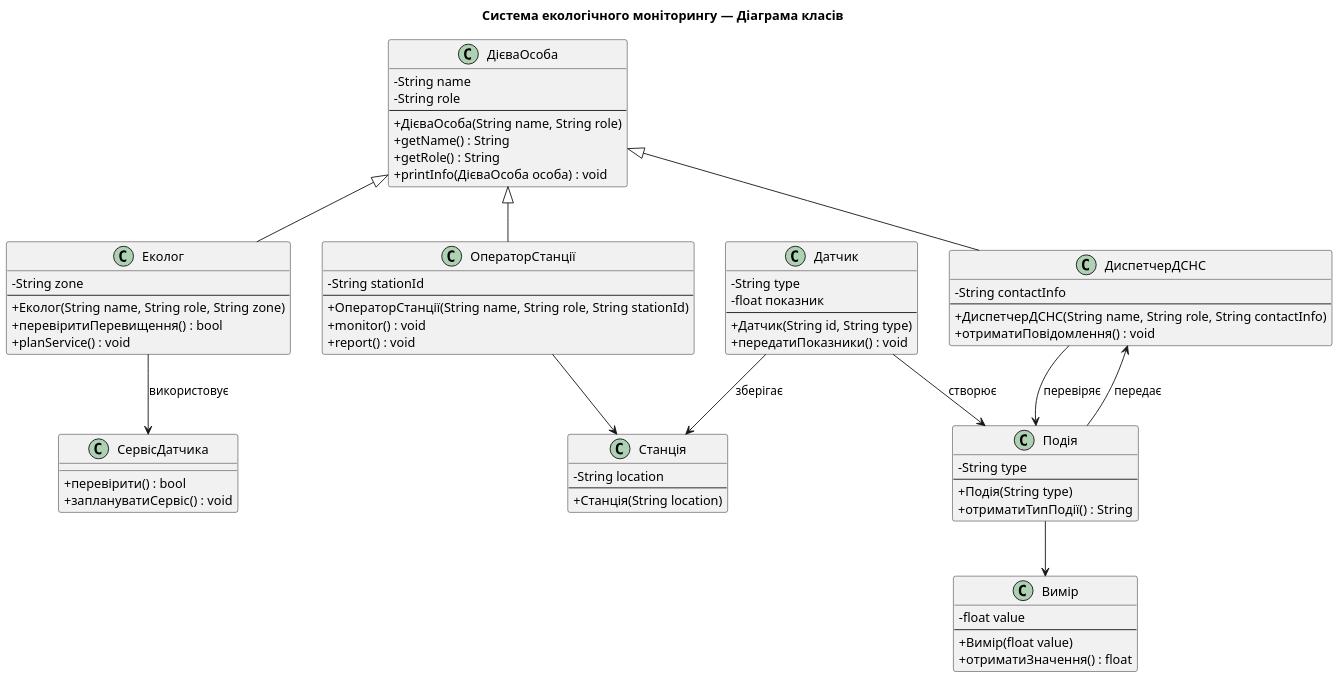
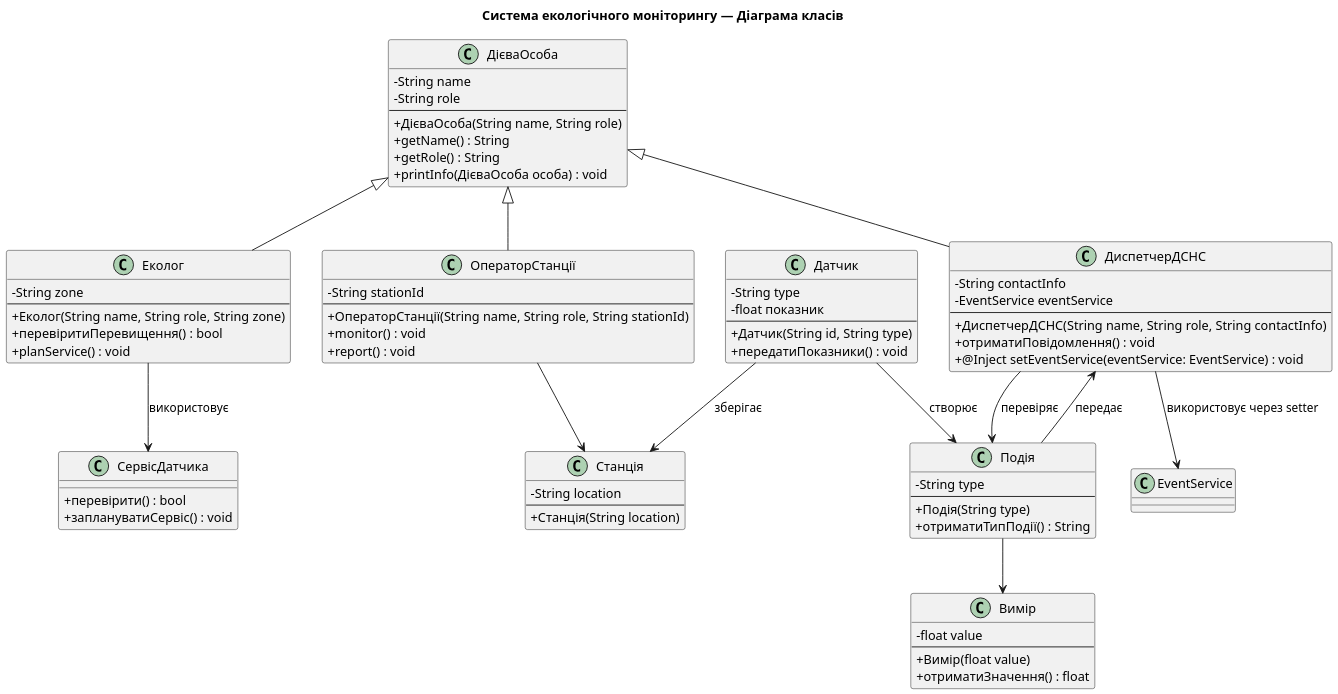
Before and after one commit to Maxsoson/OOD: the diagram in docs/class.puml, drawn with PlantUML.

Commit message:
Робота з базою даних із використанням впровадження залежностей через конструктор

```diff
--- a/docs/class.puml
+++ b/docs/class.puml
@@ -1,91 +1,94 @@
 @startuml
 title Система екологічного моніторингу — Діаграма класів
 
 skinparam classAttributeIconSize 0
 skinparam dpi 150
 skinparam shadowing false
 
 ' --- Клас СервісДатчика ---
 class "СервісДатчика" as Service {
   + перевірити() : bool
   + заплануватиСервіс() : void
 }
 
 ' --- Клас ДієваОсоба (базовий) ---
 class "ДієваОсоба" as Person {
   - String name
   - String role
   --
   + ДієваОсоба(String name, String role)
   + getName() : String
   + getRole() : String
   + printInfo(ДієваОсоба особа) : void
 }
 
 ' --- Похідні класи ---
 class "Еколог" as Ecologist {
   - String zone
   --
   + Еколог(String name, String role, String zone)
   + перевіритиПеревищення() : bool
   + planService() : void
 }
 
 class "ОператорСтанції" as Operator {
   - String stationId
   --
   + ОператорСтанції(String name, String role, String stationId)
   + monitor() : void
   + report() : void
 }
 
 class "ДиспетчерДСНС" as Dispatcher {
   - String contactInfo
+  - EventService eventService
   --
   + ДиспетчерДСНС(String name, String role, String contactInfo)
   + отриматиПовідомлення() : void
+  + @Inject setEventService(eventService: EventService) : void
 }
 
 ' --- Інші класи ---
 class "Станція" as Station {
   - String location
   --
   + Станція(String location)
 }
 
 class "Датчик" as Sensor {
   - String type
   - float показник
   --
   + Датчик(String id, String type)
   + передатиПоказники() : void
 }
 
 class "Подія" as Event {
   - String type
   --
   + Подія(String type)
   + отриматиТипПодії() : String
 }
 
 class "Вимір" as Measure {
   - float value
   --
   + Вимір(float value)
   + отриматиЗначення() : float
 }
 
 ' --- Зв’язки ---
 Person <|-- Ecologist
 Person <|-- Operator
 Person <|-- Dispatcher
 
 Ecologist --> Service : використовує
 Operator --> Station
 Dispatcher --> Event : перевіряє
+Dispatcher --> EventService : використовує через setter
 Sensor --> Station : зберігає
 Sensor --> Event : створює
 Event --> Measure
 Event --> Dispatcher : передає
 
 @enduml
```
